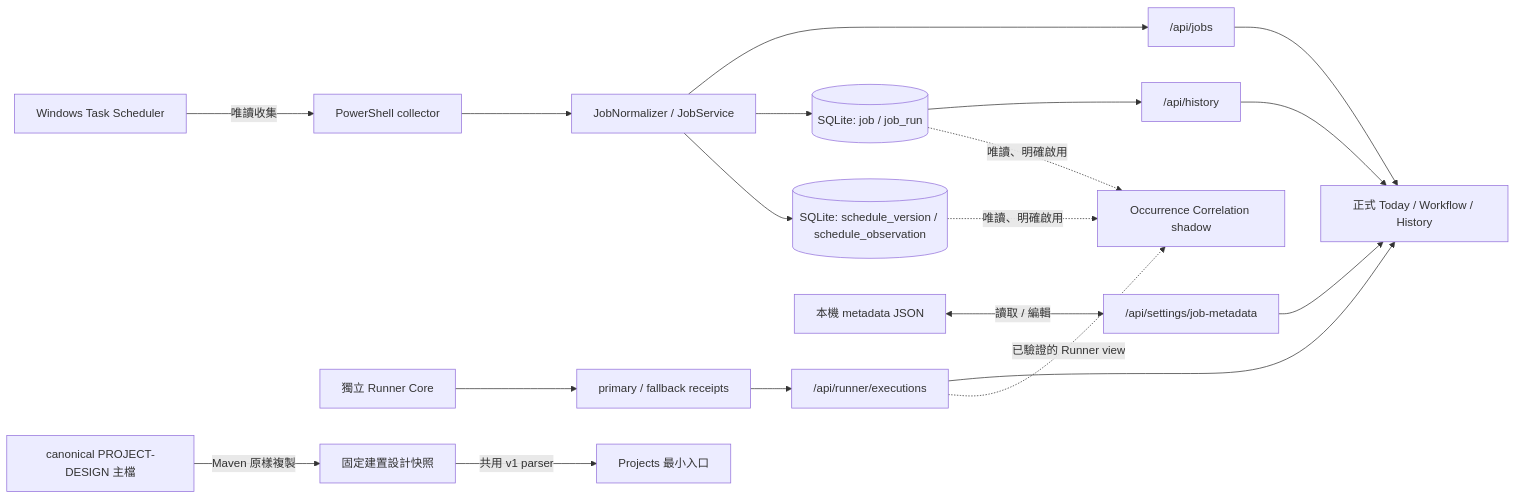
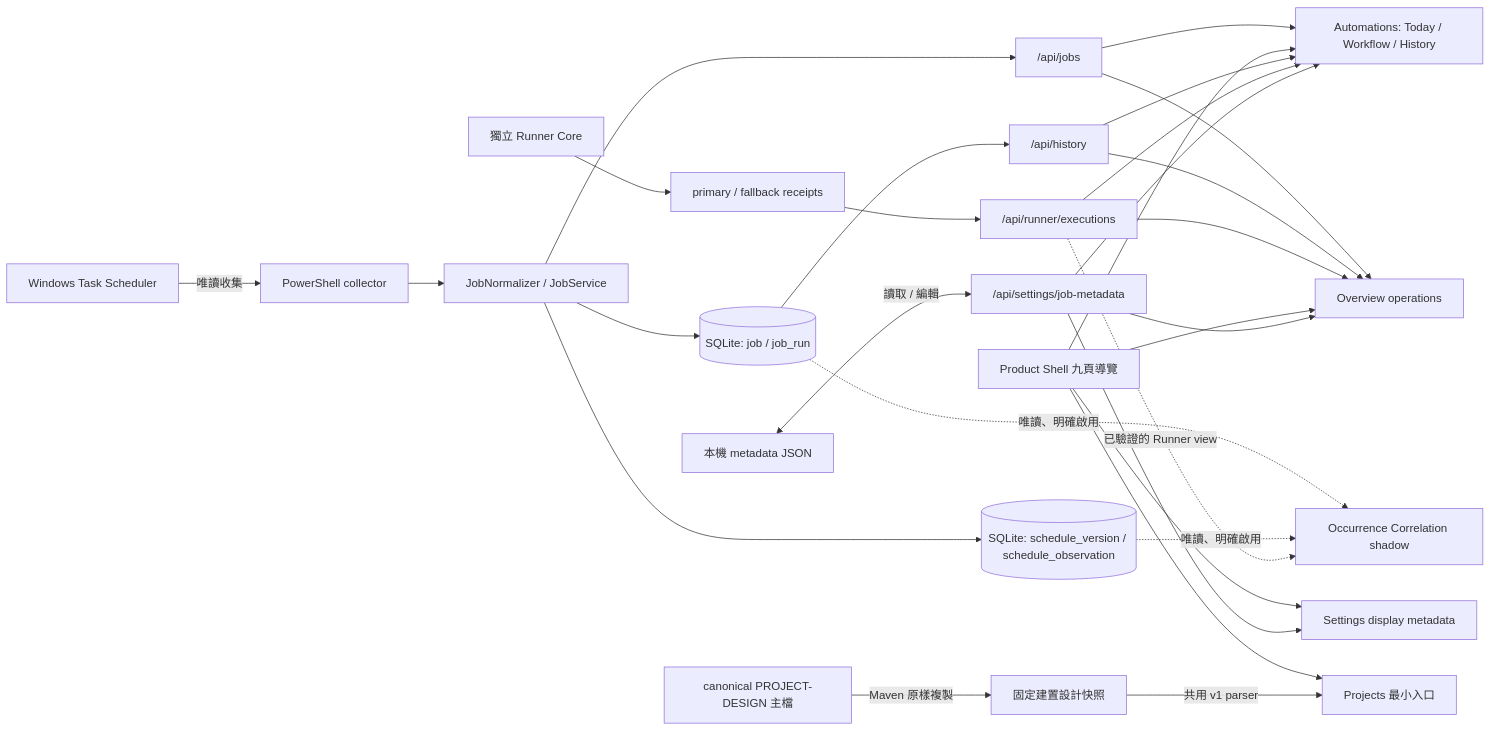
The first of 2 diagrams in docs/DASHBOARD-AS-BUILT-ARCHITECTURE.md (Neil1031/local-dashboard), drawn with Mermaid before and after one commit. The commit also changed other lines of this file and 29 other files, not shown here.

Commit message:
Add nine-page product shell and evidence-backed operations overview

````diff
--- a/docs/DASHBOARD-AS-BUILT-ARCHITECTURE.md
+++ b/docs/DASHBOARD-AS-BUILT-ARCHITECTURE.md
@@ -13,21 +13,30 @@
 ```mermaid
 flowchart LR
   W[Windows Task Scheduler] -->|唯讀收集| C[PowerShell collector]
   C --> N[JobNormalizer / JobService]
   N --> A["/api/jobs"]
   N --> H[(SQLite: job / job_run)]
   N --> S[(SQLite: schedule_version / schedule_observation)]
   H --> HA["/api/history"]
   R[獨立 Runner Core] --> F[primary / fallback receipts]
   F --> RA["/api/runner/executions"]
-  A --> UI[正式 Today / Workflow / History]
+  A --> UI[Automations: Today / Workflow / History]
+  A --> OV[Overview operations]
+  HA --> OV
+  RA --> OV
+  SH[Product Shell 九頁導覽] --> UI
+  SH --> OV
+  SH --> PV
+  SH --> SET[Settings display metadata]
   HA --> UI
   RA --> UI
   M[本機 metadata JSON] <-->|讀取 / 編輯| MA["/api/settings/job-metadata"]
   MA --> UI
+  MA --> OV
+  MA --> SET
   PD[canonical PROJECT-DESIGN 主檔] -->|Maven 原樣複製| PS[固定建置設計快照]
   PS -->|共用 v1 parser| PV[Projects 最小入口]
   H -.唯讀、明確啟用.-> O[Occurrence Correlation shadow]
   S -.唯讀、明確啟用.-> O
   RA -.已驗證的 Runner view.-> O
 ```
````
